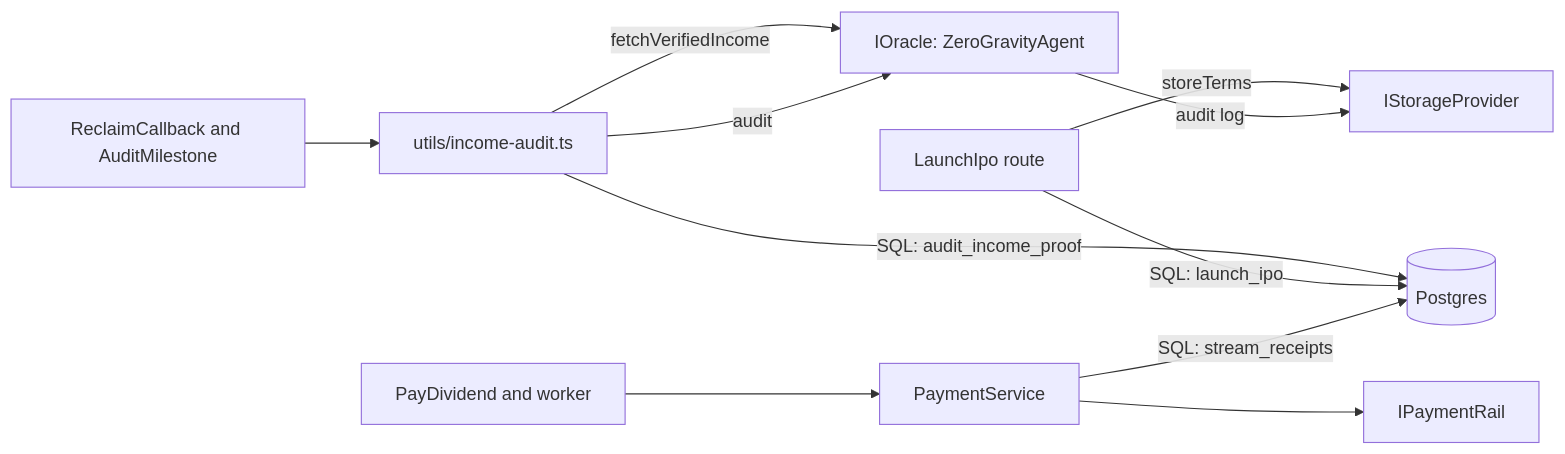
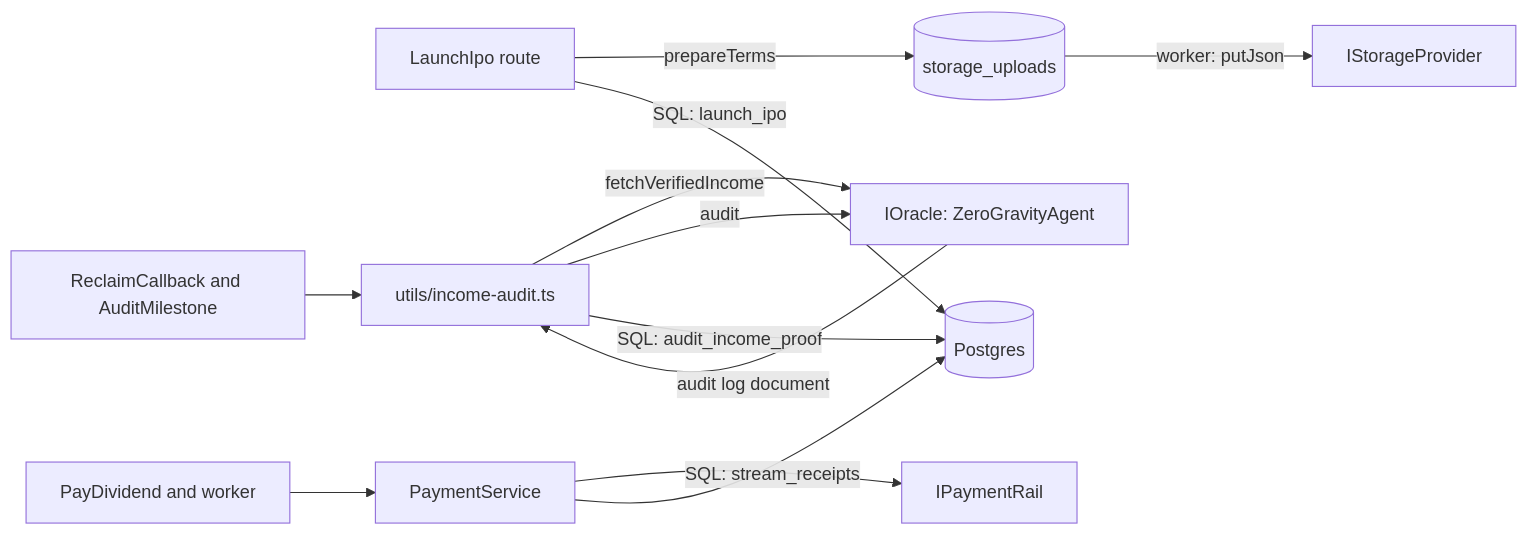
One commit to predatorx7/stakeme-ex changed the second of 3 diagrams in docs/architecture-adapters.md. Above: the diagram before and after it, drawn with Mermaid. The commit also changed other lines of this file and 29 other files, not shown here.

````diff
--- a/docs/architecture-adapters.md
+++ b/docs/architecture-adapters.md
@@ -78,13 +77,14 @@
 ```mermaid
 flowchart LR
-    launch["LaunchIpo route"] -->|storeTerms| storage["IStorageProvider"]
+    launch["LaunchIpo route"] -->|prepareTerms| outbox[("storage_uploads")]
+    outbox -->|"worker: putJson"| storage["IStorageProvider"]
     cb["ReclaimCallback and AuditMilestone"] --> pipeline["utils/income-audit.ts"]
     pipeline -->|fetchVerifiedIncome| oracle["IOracle: ZeroGravityAgent"]
     pipeline -->|audit| oracle
-    oracle -->|audit log| storage
+    oracle -->|"audit log document"| pipeline
     pay["PayDividend and worker"] --> svc["PaymentService"]
     svc --> rail["IPaymentRail"]
     pipeline -->|"SQL: audit_income_proof"| db[("Postgres")]
     launch -->|"SQL: launch_ipo"| db
     svc -->|"SQL: stream_receipts"| db
 ```
````
